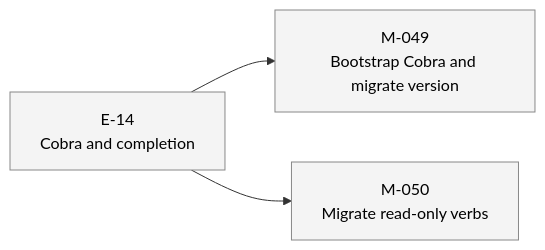
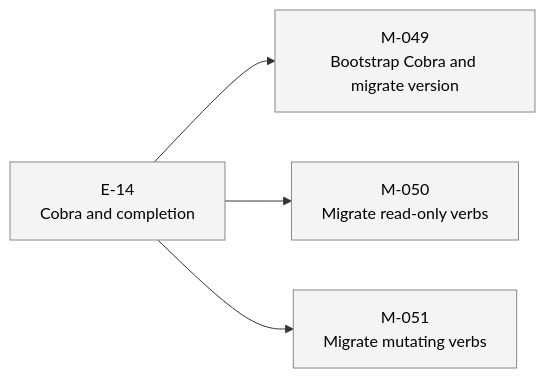
The second of 2 diagrams in STATUS.md (23min/aiwf), drawn with Mermaid before and after one commit. The commit also changed other lines of this file and 1 other file, not shown here.

First line of the commit message:
aiwf add milestone M-051 "Migrate mutating verbs"

````diff
--- a/STATUS.md
+++ b/STATUS.md
@@ -33,14 +34,16 @@
 ```mermaid
 flowchart LR
   E_14["E-14<br/>Cobra and completion"]:::epic_proposed
   M_049["M-049<br/>Bootstrap Cobra and migrate version"]:::ms_draft
   E_14 --> M_049
   M_050["M-050<br/>Migrate read-only verbs"]:::ms_draft
   E_14 --> M_050
+  M_051["M-051<br/>Migrate mutating verbs"]:::ms_draft
+  E_14 --> M_051
   classDef epic_active fill:#d6eaff,stroke:#1a73e8,color:#000
   classDef epic_proposed fill:#f4f4f4,stroke:#888,color:#000
   classDef ms_done fill:#d8f5d8,stroke:#2a8a2a,color:#000
   classDef ms_in_progress fill:#fff3c4,stroke:#caa400,color:#000
   classDef ms_draft fill:#f4f4f4,stroke:#888,color:#000
   classDef ms_cancelled fill:#fbeaea,stroke:#c33,color:#000
 ```
````
